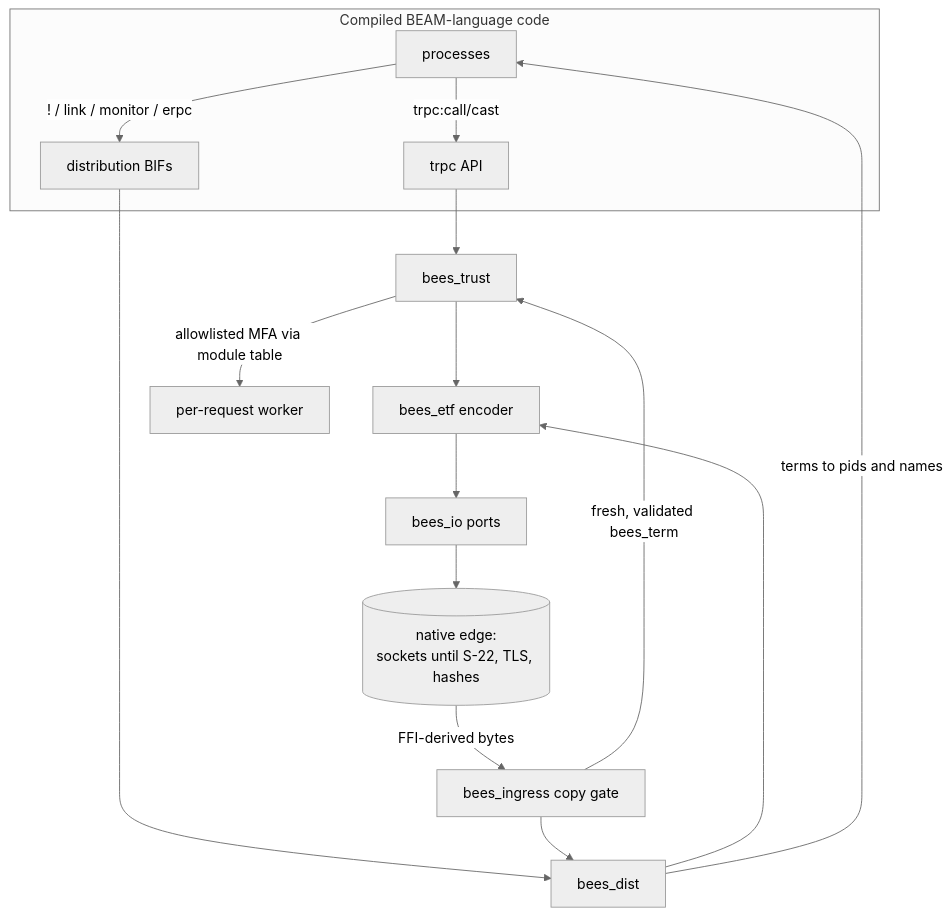
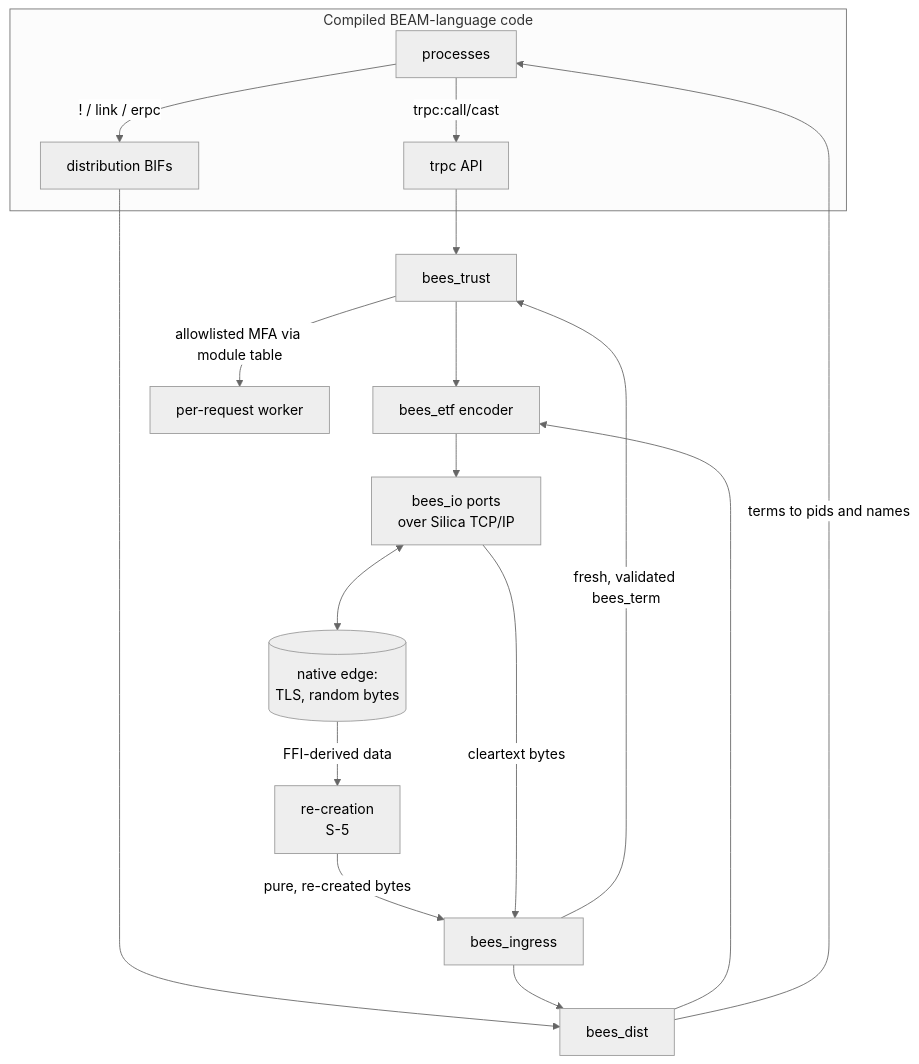
Before and after one commit to yenrab/project-bees: the first of 2 diagrams in development-plan/inter-nodal-modes.md, drawn with Mermaid (neutral theme). The commit also changed other lines of this file and 4 other files, not shown here.

````diff
--- a/development-plan/inter-nodal-modes.md
+++ b/development-plan/inter-nodal-modes.md
@@ -36,18 +36,20 @@
 ```mermaid
 graph TD
   subgraph "Compiled BEAM-language code"
     APP[processes] -->|trpc:call/cast| TRPC[trpc API]
-    APP -->|"! / link / monitor / erpc"| DBIF[distribution BIFs]
+    APP -->|"! / link / erpc"| DBIF[distribution BIFs]
   end
   TRPC --> TR[bees_trust]
   DBIF --> DI[bees_dist]
   TR --> CODEC[bees_etf encoder]
   DI --> CODEC
-  CODEC --> IO[bees_io ports]
-  IO --> EDGE[(native edge:<br/>sockets until S-22, TLS, hashes)]
-  EDGE -->|FFI-derived bytes| GATE[bees_ingress copy gate]
+  CODEC --> IO[bees_io ports<br/>over Silica TCP/IP]
+  IO <--> EDGE[(native edge:<br/>TLS, random bytes)]
+  EDGE -->|FFI-derived data| RC[re-creation<br/>S-5]
+  RC -->|pure, re-created bytes| GATE[bees_ingress]
+  IO -->|cleartext bytes| GATE
   GATE -->|fresh, validated bees_term| TR
   GATE --> DI
   TR -->|allowlisted MFA via module table| W[per-request worker]
   DI -->|terms to pids and names| APP
 ```
````
